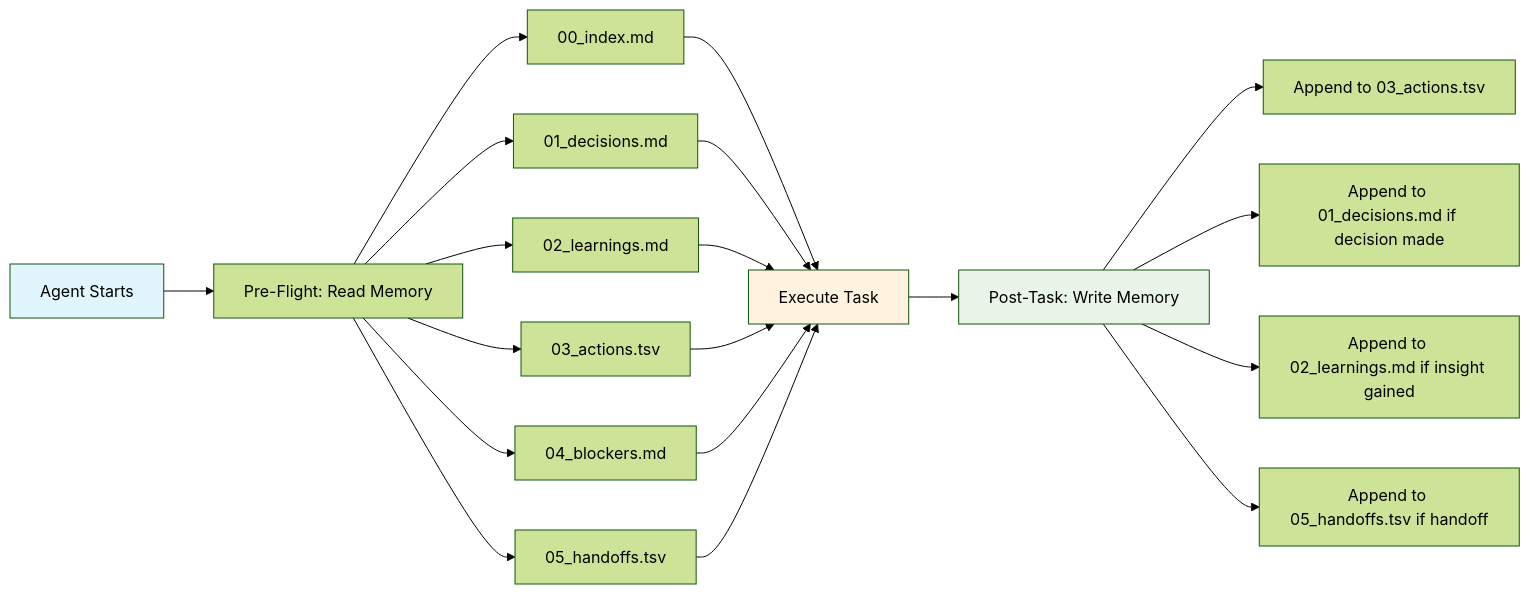
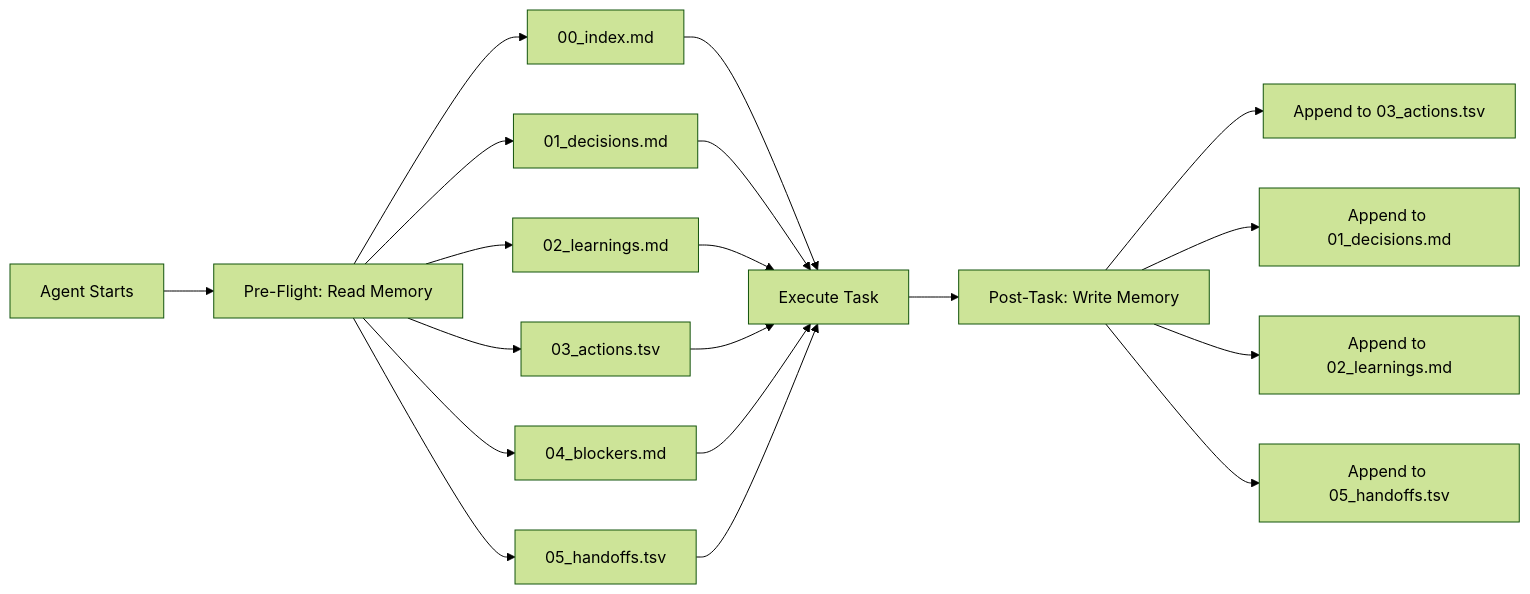
One commit to QW1CKS/Agentic-Brain changed the third of 3 diagrams in README.md. Above: the diagram before and after it, drawn with Mermaid (forest theme). The commit also changed other lines of this file, not shown here.

Commit message:
fix(docs): correct mermaid graph syntax in installation flow and folder structure sections

````diff
--- a/README.md
+++ b/README.md
@@ -95,27 +86,23 @@
 ```mermaid
-graph LR
+flowchart LR
     A[Agent Starts] --> B[Pre-Flight: Read Memory]
     B --> C[00_index.md]
     B --> D[01_decisions.md]
     B --> E[02_learnings.md]
     B --> F[03_actions.tsv]
     B --> G[04_blockers.md]
     B --> H[05_handoffs.tsv]
     
     C --> I[Execute Task]
     D --> I
     E --> I
     F --> I
     G --> I
     H --> I
     
     I --> J[Post-Task: Write Memory]
     J --> K[Append to 03_actions.tsv]
-    J --> L[Append to 01_decisions.md if decision made]
-    J --> M[Append to 02_learnings.md if insight gained]
-    J --> N[Append to 05_handoffs.tsv if handoff]
-    
-    style A fill:#e1f5fe
-    style I fill:#fff3e0
-    style J fill:#e8f5e8
+    J --> L[Append to 01_decisions.md]
+    J --> M[Append to 02_learnings.md]
+    J --> N[Append to 05_handoffs.tsv]
 ```
````
